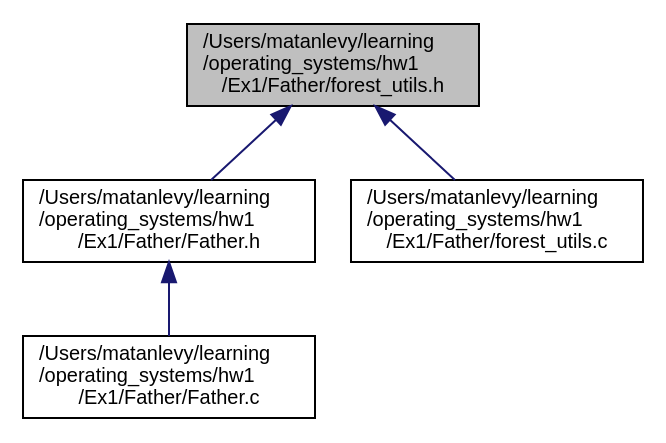
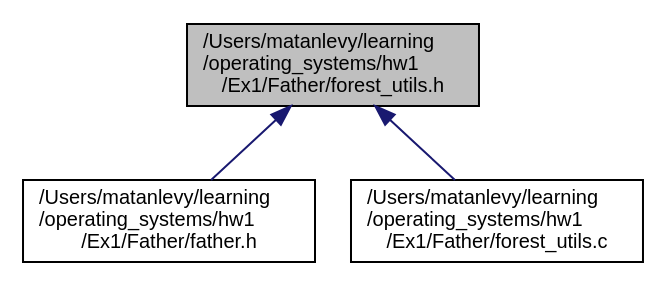
Before and after one commit to LevyMatan/ISP_ex1_doc: the diagram in forest__utils_8h__dep__incl.dot, drawn with Graphviz. The commit also changed 94 other files, not shown here.

```diff
--- a/forest__utils_8h__dep__incl.dot
+++ b/forest__utils_8h__dep__incl.dot
@@ -1,14 +1,12 @@
 digraph "/Users/matanlevy/learning/operating_systems/hw1/Ex1/Father/forest_utils.h"
 {
  // INTERACTIVE_SVG=YES
  // LATEX_PDF_SIZE
   edge [fontname="Helvetica",fontsize="10",labelfontname="Helvetica",labelfontsize="10"];
   node [fontname="Helvetica",fontsize="10",shape=record];
   Node1 [label="/Users/matanlevy/learning\l/operating_systems/hw1\l/Ex1/Father/forest_utils.h",height=0.2,width=0.4,color="black", fillcolor="grey75", style="filled", fontcolor="black",tooltip="This sub-module will handle all forest related functions."];
   Node1 -> Node2 [dir="back",color="midnightblue",fontsize="10",style="solid",fontname="Helvetica"];
-  Node2 [label="/Users/matanlevy/learning\l/operating_systems/hw1\l/Ex1/Father/Father.h",height=0.2,width=0.4,color="black", fillcolor="white", style="filled",URL="$_father_8h.html",tooltip="Father header file."];
-  Node2 -> Node3 [dir="back",color="midnightblue",fontsize="10",style="solid",fontname="Helvetica"];
-  Node3 [label="/Users/matanlevy/learning\l/operating_systems/hw1\l/Ex1/Father/Father.c",height=0.2,width=0.4,color="black", fillcolor="white", style="filled",URL="$_father_8c.html",tooltip="Father program is the entry program for Ex1. To accomplish the task described in EX1 instruction,..."];
-  Node1 -> Node4 [dir="back",color="midnightblue",fontsize="10",style="solid",fontname="Helvetica"];
-  Node4 [label="/Users/matanlevy/learning\l/operating_systems/hw1\l/Ex1/Father/forest_utils.c",height=0.2,width=0.4,color="black", fillcolor="white", style="filled",URL="$forest__utils_8c.html",tooltip="Holds all forest related functions. Allows to go through the forest and change each cell to the next ..."];
+  Node2 [label="/Users/matanlevy/learning\l/operating_systems/hw1\l/Ex1/Father/father.h",height=0.2,width=0.4,color="black", fillcolor="white", style="filled",URL="$father_8h.html",tooltip=" "];
+  Node1 -> Node3 [dir="back",color="midnightblue",fontsize="10",style="solid",fontname="Helvetica"];
+  Node3 [label="/Users/matanlevy/learning\l/operating_systems/hw1\l/Ex1/Father/forest_utils.c",height=0.2,width=0.4,color="black", fillcolor="white", style="filled",URL="$forest__utils_8c.html",tooltip="Holds all forest related functions. Allows to go through the forest and change each cell to the next ..."];
 }
```
